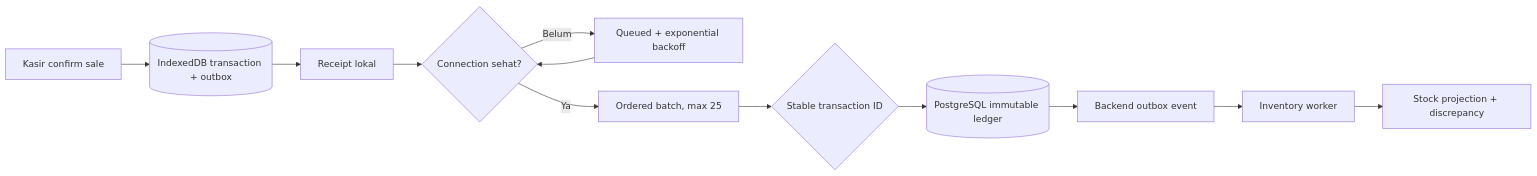
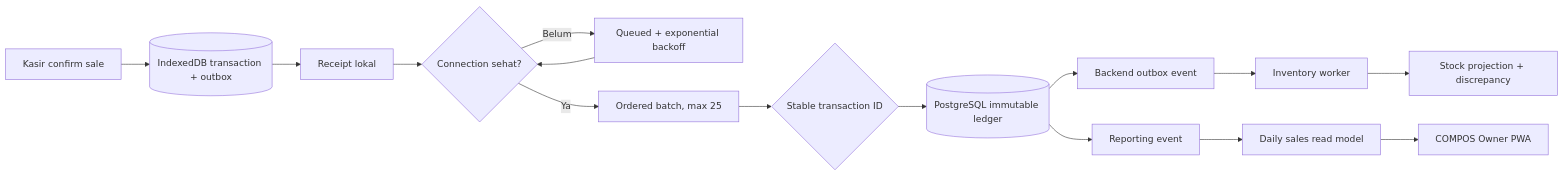
Before and after one commit to myudak/compos: the diagram in README.md, drawn with Mermaid. The commit also changed other lines of this file and 24 other files, not shown here.

Commit message:
docs: document owner scaling architecture

````diff
--- a/README.md
+++ b/README.md
@@ -72,14 +72,17 @@
 ```mermaid
 flowchart LR
   Sale["Kasir confirm sale"] --> Local[("IndexedDB transaction + outbox")]
   Local --> Receipt["Receipt lokal"]
   Receipt --> Connection{"Connection sehat?"}
   Connection -- "Belum" --> Retry["Queued + exponential backoff"]
   Retry --> Connection
   Connection -- "Ya" --> Batch["Ordered batch, max 25"]
   Batch --> Idempotency{"Stable transaction ID"}
   Idempotency --> Ledger[("PostgreSQL immutable ledger")]
   Ledger --> BackendOutbox["Backend outbox event"]
   BackendOutbox --> Worker["Inventory worker"]
   Worker --> Projection["Stock projection + discrepancy"]
+  Ledger --> ReportEvent["Reporting event"]
+  ReportEvent --> ReadModel["Daily sales read model"]
+  ReadModel --> Owner["COMPOS Owner PWA"]
 ```
````
